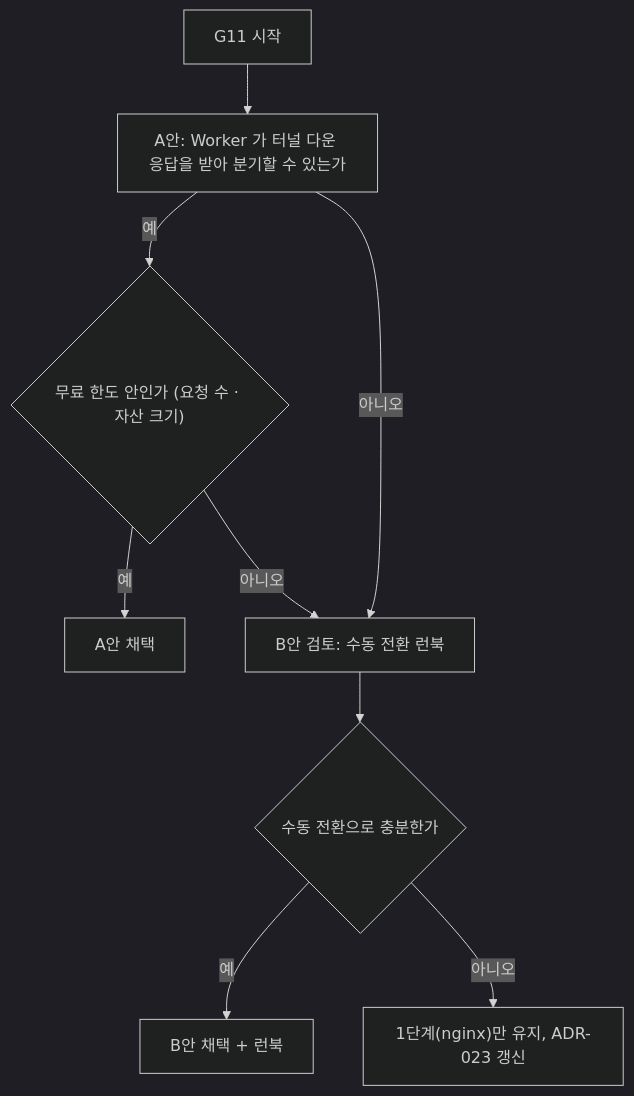
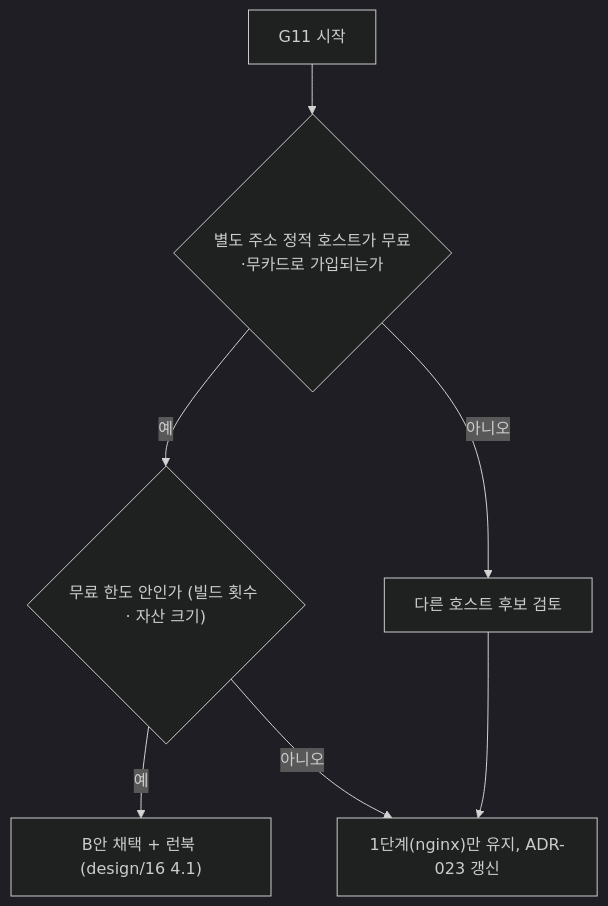
Diagram 21 of 41 in docs/design/features/17-ops-observability.md (1985jwlee/portpolio_backend), drawn with Mermaid (dark theme) before and after one commit. The commit also changed other lines of this file and 50 other files, not shown here.

````diff
--- a/docs/design/features/17-ops-observability.md
+++ b/docs/design/features/17-ops-observability.md
@@ -1331,11 +1315,9 @@
 ```mermaid
 flowchart TD
-    A["G11 시작"] --> B["A안: Worker 가 터널 다운 응답을 받아 분기할 수 있는가"]
-    B -- "예" --> C{"무료 한도 안인가 (요청 수 · 자산 크기)"}
-    C -- "예" --> OK["A안 채택"]
-    C -- "아니오" --> D["B안 검토: 수동 전환 런북"]
-    B -- "아니오" --> D
-    D --> E{"수동 전환으로 충분한가"}
-    E -- "예" --> OK2["B안 채택 + 런북"]
-    E -- "아니오" --> F["1단계(nginx)만 유지, ADR-023 갱신"]
+    A["G11 시작"] --> B{"별도 주소 정적 호스트가 무료·무카드로 가입되는가"}
+    B -- "예" --> C{"무료 한도 안인가 (빌드 횟수 · 자산 크기)"}
+    C -- "예" --> OK["B안 채택 + 런북 (design/16 4.1)"]
+    C -- "아니오" --> F["1단계(nginx)만 유지, ADR-023 갱신"]
+    B -- "아니오" --> D["다른 호스트 후보 검토"]
+    D --> F
 ```
````
